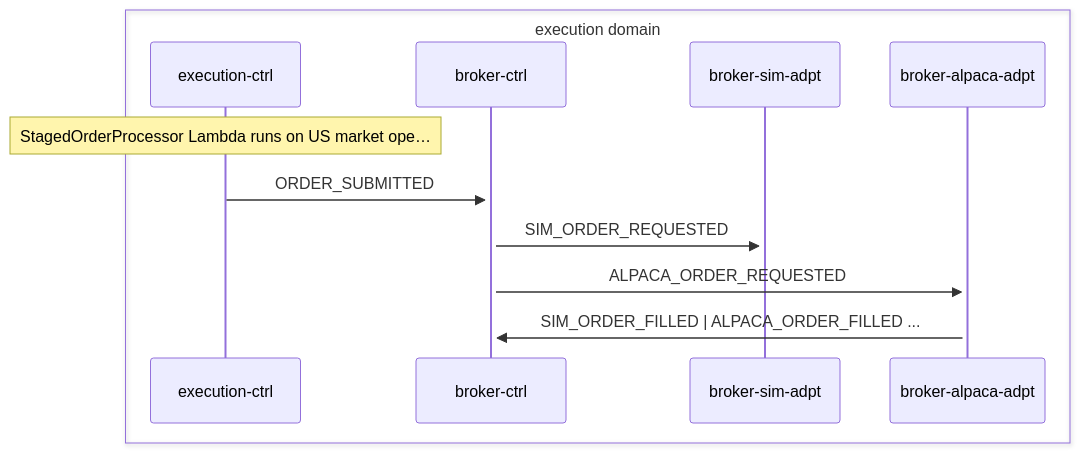
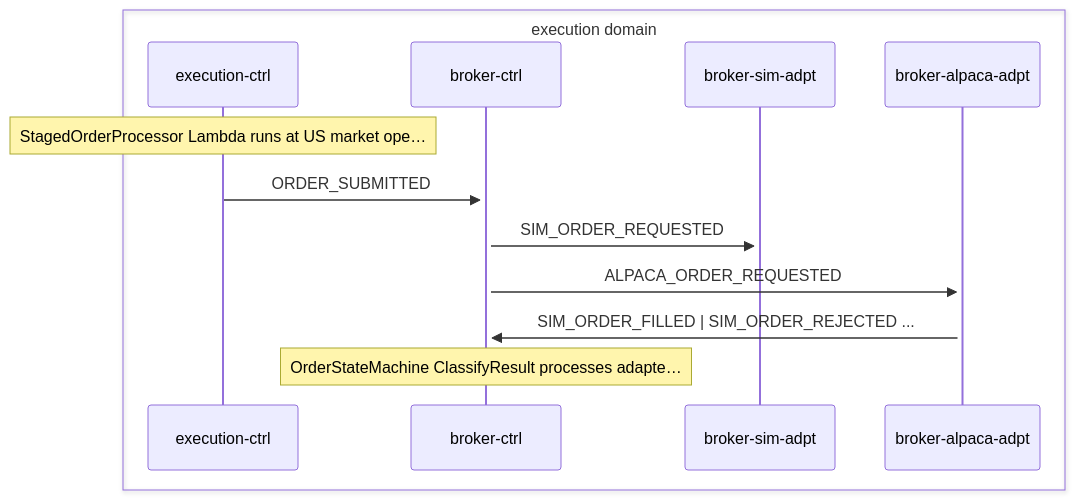
One commit to fabio-vitali/nestfolio changed the second of 2 diagrams in docs/data-flows/order-execution.md. Above: the diagram before and after it, drawn with Mermaid. The commit also changed other lines of this file and 53 other files, not shown here.

First line of the commit message:
docs: regenerate all service cards, flow specs, and C4 diagrams via /init-docs

````diff
--- a/docs/data-flows/order-execution.md
+++ b/docs/data-flows/order-execution.md
@@ -28,14 +28,15 @@
 ```mermaid
 sequenceDiagram
     box execution domain
         participant execution_ctrl as execution-ctrl
         participant broker_ctrl as broker-ctrl
         participant broker_sim_adpt as broker-sim-adpt
         participant broker_alpaca_adpt as broker-alpaca-adpt
     end
-    Note over execution_ctrl: StagedOrderProcessor Lambda runs on US market ope…
+    Note over execution_ctrl: StagedOrderProcessor Lambda runs at US market ope…
     execution_ctrl->>+broker_ctrl: ORDER_SUBMITTED
     broker_ctrl->>+broker_sim_adpt: SIM_ORDER_REQUESTED
     broker_ctrl->>+broker_alpaca_adpt: ALPACA_ORDER_REQUESTED
-    broker_alpaca_adpt->>+broker_ctrl: SIM_ORDER_FILLED | ALPACA_ORDER_FILLED ...
+    broker_alpaca_adpt->>+broker_ctrl: SIM_ORDER_FILLED | SIM_ORDER_REJECTED ...
+    Note over broker_ctrl: OrderStateMachine ClassifyResult processes adapte…
 ```
````
